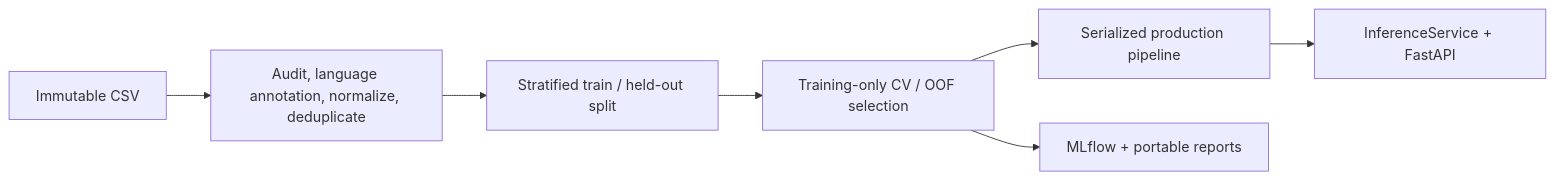
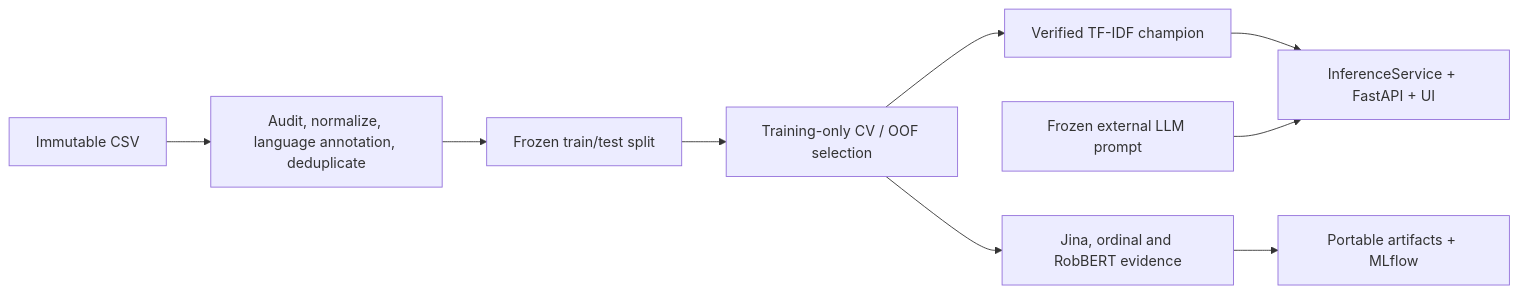
Before and after one commit to ylceadap/sentiment-analysis: the diagram in README.md, drawn with Mermaid. The commit also changed other lines of this file and 90 other files, not shown here.

Commit message:
Finalize model evidence and delivery

````diff
--- a/README.md
+++ b/README.md
@@ -21,9 +64,11 @@
 ```mermaid
 flowchart LR
-    data["Immutable CSV"] --> prepare["Audit, language annotation, normalize, deduplicate"]
-    prepare --> split["Stratified train / held-out split"]
-    split --> train["Training-only CV / OOF selection"]
-    train --> model["Serialized production pipeline"]
-    model --> service["InferenceService + FastAPI"]
-    train --> evidence["MLflow + portable reports"]
+    data["Immutable CSV"] --> prepare["Audit, normalize, language annotation, deduplicate"]
+    prepare --> split["Frozen train/test split"]
+    split --> cv["Training-only CV / OOF selection"]
+    cv --> champion["Verified TF-IDF champion"]
+    cv --> research["Jina, ordinal and RobBERT evidence"]
+    champion --> service["InferenceService + FastAPI + UI"]
+    research --> evidence["Portable artifacts + MLflow"]
+    advisor["Frozen external LLM prompt"] --> service
 ```
````
